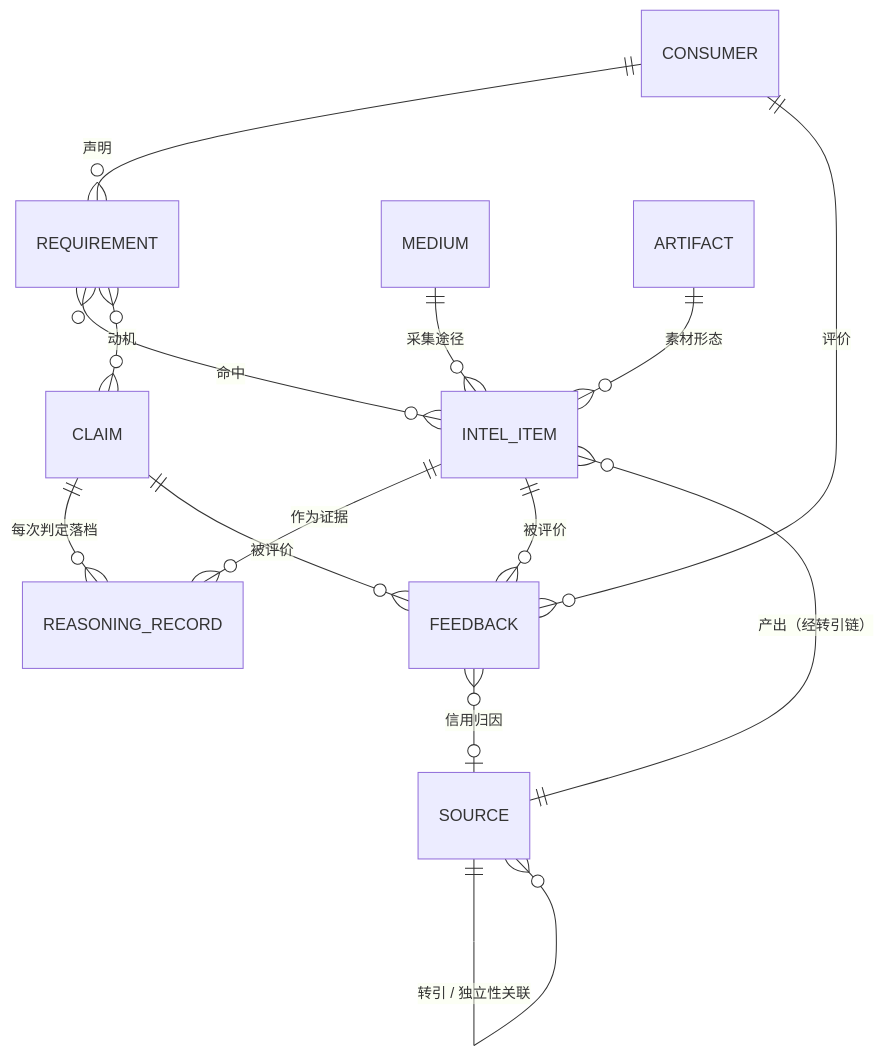
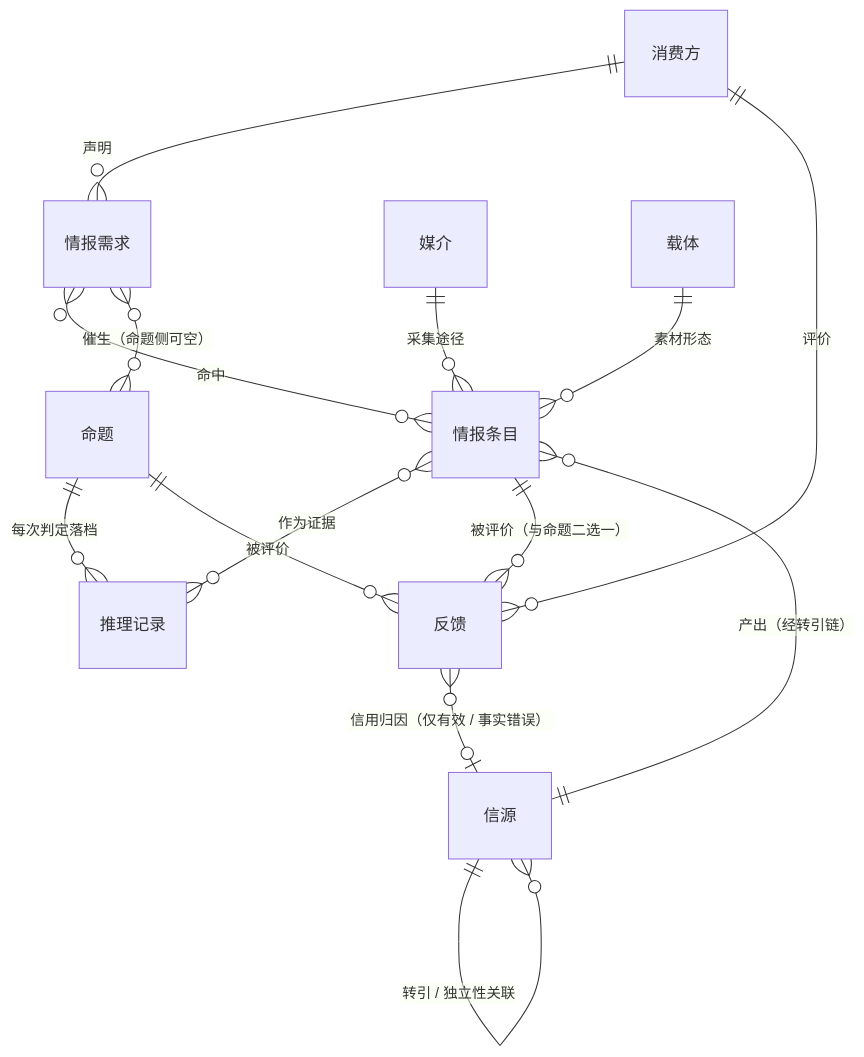
The second of 5 diagrams in backlog/docs/doc-02 - 领域模型-Domain-Model.md (leoricmaster/iih), drawn with Mermaid before and after one commit. The commit also changed other lines of this file and 3 other files, not shown here.

````diff
--- a/backlog/docs/doc-02 - 领域模型-Domain-Model.md
+++ b/backlog/docs/doc-02 - 领域模型-Domain-Model.md
@@ -33,16 +53,16 @@
 ```mermaid
 erDiagram
-    CONSUMER ||--o{ REQUIREMENT : "声明"
-    CONSUMER ||--o{ FEEDBACK : "评价"
-    REQUIREMENT }o--o{ INTEL_ITEM : "命中"
-    REQUIREMENT }o--o{ CLAIM : "动机"
-    MEDIUM ||--o{ INTEL_ITEM : "采集途径"
-    ARTIFACT ||--o{ INTEL_ITEM : "素材形态"
-    SOURCE ||--o{ INTEL_ITEM : "产出（经转引链）"
-    SOURCE ||--o{ SOURCE : "转引 / 独立性关联"
-    INTEL_ITEM ||--o{ REASONING_RECORD : "作为证据"
-    CLAIM ||--o{ REASONING_RECORD : "每次判定落档"
-    INTEL_ITEM ||--o{ FEEDBACK : "被评价"
-    CLAIM ||--o{ FEEDBACK : "被评价"
-    FEEDBACK }o--o| SOURCE : "信用归因"
+    消费方 ||--o{ 情报需求 : "声明"
+    消费方 ||--o{ 反馈 : "评价"
+    情报需求 }o--o{ 情报条目 : "命中"
+    情报需求 }o--o{ 命题 : "催生（命题侧可空）"
+    媒介 ||--o{ 情报条目 : "采集途径"
+    载体 ||--o{ 情报条目 : "素材形态"
+    信源 ||--o{ 情报条目 : "产出（经转引链）"
+    信源 ||--o{ 信源 : "转引 / 独立性关联"
+    情报条目 }o--o{ 推理记录 : "作为证据"
+    命题 ||--o{ 推理记录 : "每次判定落档"
+    情报条目 ||--o{ 反馈 : "被评价（与命题二选一）"
+    命题 ||--o{ 反馈 : "被评价"
+    反馈 }o--o| 信源 : "信用归因（仅有效 / 事实错误）"
 ```
````
